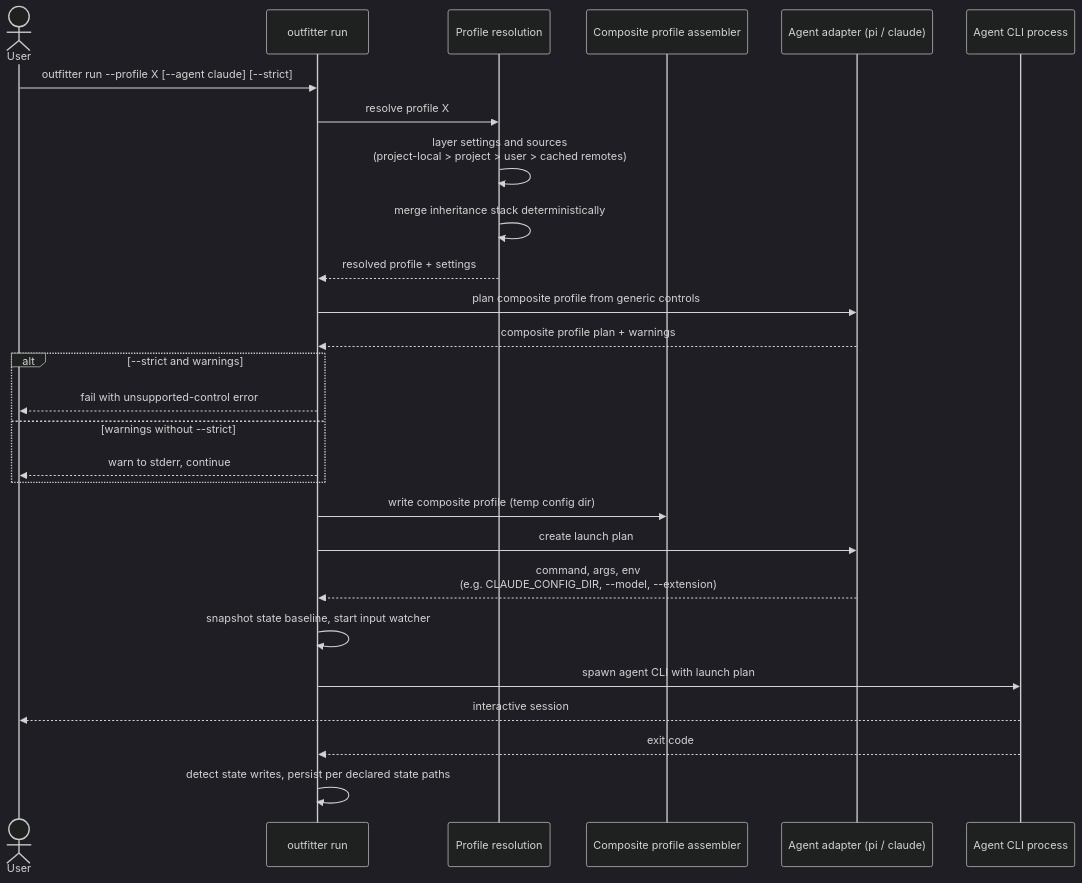
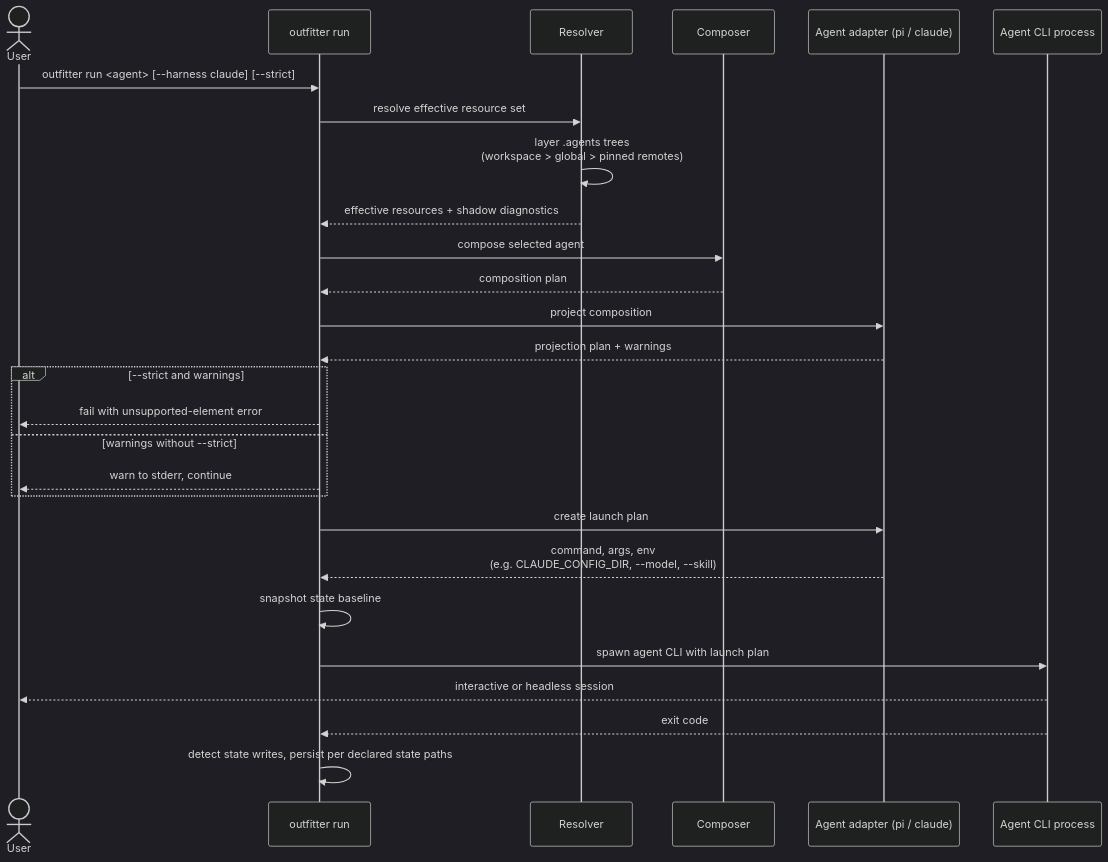
Before and after one commit to ai-outfitter/outfitter: the second of 3 diagrams in docs/architecture/diagrams.md, drawn with Mermaid (dark theme). The commit also changed other lines of this file and 51 other files, not shown here.

````diff
--- a/docs/architecture/diagrams.md
+++ b/docs/architecture/diagrams.md
@@ -45,30 +43,30 @@
 ```mermaid
 sequenceDiagram
   actor User
   participant CLI as outfitter run
-  participant Loader as Profile resolution
-  participant Assembler as Composite profile assembler
+  participant Resolver as Resolver
+  participant Composer as Composer
   participant Adapter as Agent adapter (pi / claude)
   participant Agent as Agent CLI process
 
-  User->>CLI: outfitter run --profile X [--agent claude] [--strict]
-  CLI->>Loader: resolve profile X
-  Loader->>Loader: layer settings and sources<br>(project-local > project > user > cached remotes)
-  Loader->>Loader: merge inheritance stack deterministically
-  Loader-->>CLI: resolved profile + settings
-  CLI->>Adapter: plan composite profile from generic controls
-  Adapter-->>CLI: composite profile plan + warnings
+  User->>CLI: outfitter run <agent> [--harness claude] [--strict]
+  CLI->>Resolver: resolve effective resource set
+  Resolver->>Resolver: layer .agents trees<br>(workspace > global > pinned remotes)
+  Resolver-->>CLI: effective resources + shadow diagnostics
+  CLI->>Composer: compose selected agent
+  Composer-->>CLI: composition plan
+  CLI->>Adapter: project composition
+  Adapter-->>CLI: projection plan + warnings
   alt --strict and warnings
-    CLI-->>User: fail with unsupported-control error
+    CLI-->>User: fail with unsupported-element error
   else warnings without --strict
     CLI-->>User: warn to stderr, continue
   end
-  CLI->>Assembler: write composite profile (temp config dir)
   CLI->>Adapter: create launch plan
-  Adapter-->>CLI: command, args, env<br>(e.g. CLAUDE_CONFIG_DIR, --model, --extension)
-  CLI->>CLI: snapshot state baseline, start input watcher
+  Adapter-->>CLI: command, args, env<br>(e.g. CLAUDE_CONFIG_DIR, --model, --skill)
+  CLI->>CLI: snapshot state baseline
   CLI->>Agent: spawn agent CLI with launch plan
-  Agent-->>User: interactive session
+  Agent-->>User: interactive or headless session
   Agent-->>CLI: exit code
   CLI->>CLI: detect state writes, persist per declared state paths
 ```
````
